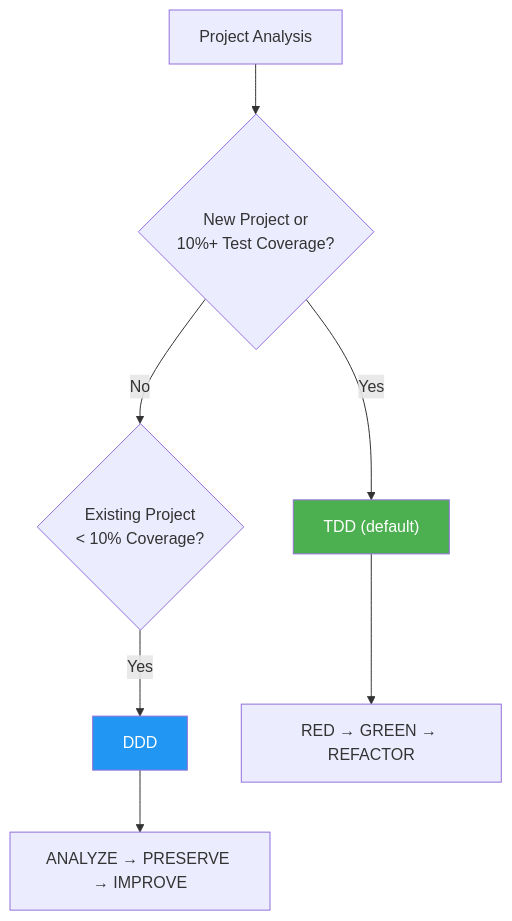
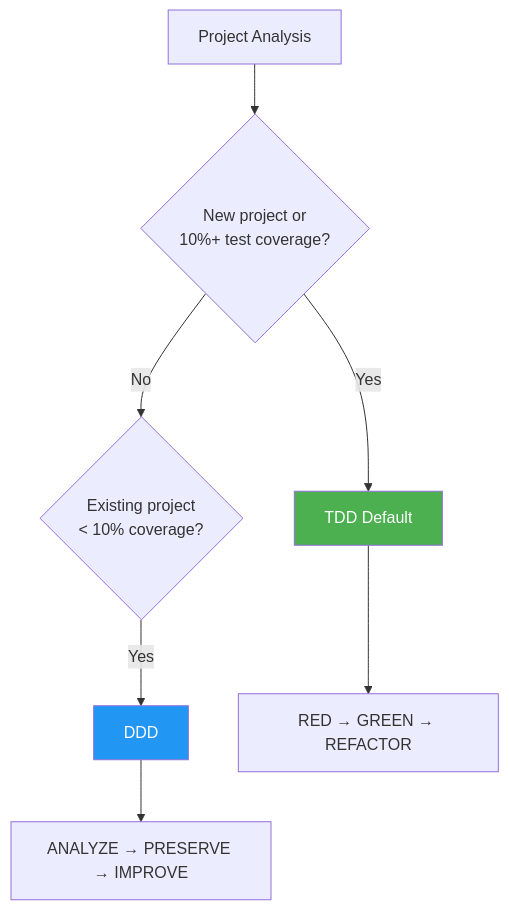
Before and after one commit to modu-ai/moai-adk: the first of 3 diagrams in docs-site/content/en/getting-started/introduction.md, drawn with Mermaid. The commit also changed other lines of this file and 4 other files, not shown here.

````diff
--- a/docs-site/content/en/getting-started/introduction.md
+++ b/docs-site/content/en/getting-started/introduction.md
@@ -83,12 +83,12 @@
 ```mermaid
 flowchart TD
-    A["Project Analysis"] --> B{"New Project or<br/>10%+ Test Coverage?"}
-    B -->|"Yes"| C["TDD (default)"]
-    B -->|"No"| D{"Existing Project<br/>< 10% Coverage?"}
+    A["Project Analysis"] --> B{"New project or<br/>10%+ test coverage?"}
+    B -->|"Yes"| C["TDD Default"]
+    B -->|"No"| D{"Existing project<br/>< 10% coverage?"}
     D -->|"Yes"| E["DDD"]
     C --> F["RED → GREEN → REFACTOR"]
     E --> G["ANALYZE → PRESERVE → IMPROVE"]
 
     style C fill:#4CAF50,color:#fff
     style E fill:#2196F3,color:#fff
 ```
````
